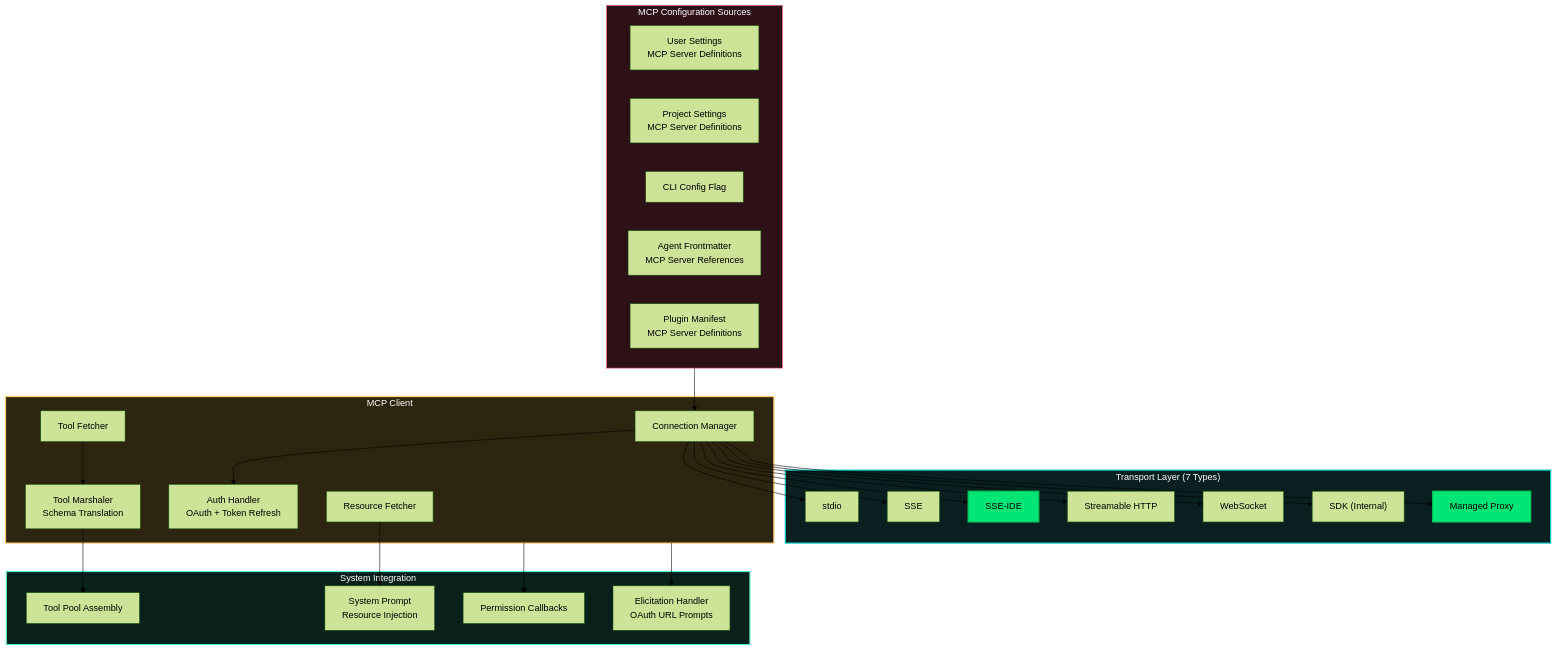
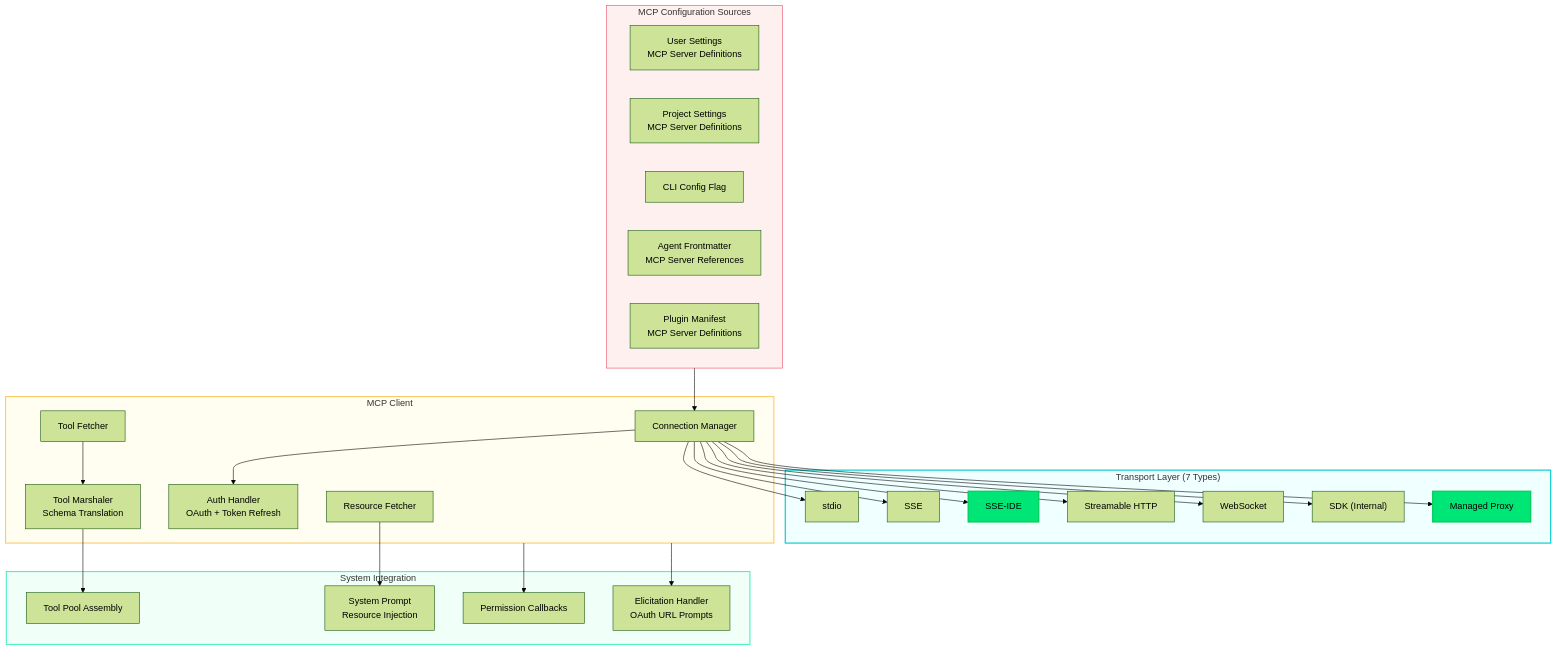
The eighth of 14 diagrams in DIAGRAMS.md (PavelValentov/multi-agent-architecture), drawn with Mermaid (forest theme) before and after one commit. The commit also changed other lines of this file, not shown here.

First line of the commit message:
Switch diagram backgrounds to light pastels for white theme compatibility

````diff
--- a/DIAGRAMS.md
+++ b/DIAGRAMS.md
@@ -670,57 +670,57 @@
 ```mermaid
 graph TB
     subgraph Config["MCP Configuration Sources"]
         USER_CFG["User Settings<br/>MCP Server Definitions"]
         PROJECT_CFG["Project Settings<br/>MCP Server Definitions"]
         CLI_CFG["CLI Config Flag"]
         AGENT_CFG["Agent Frontmatter<br/>MCP Server References"]
         PLUGIN_CFG["Plugin Manifest<br/>MCP Server Definitions"]
     end
 
     subgraph Transports["Transport Layer (7 Types)"]
         STDIO["stdio"]
         SSE["SSE"]
         SSE_IDE["SSE-IDE"]
         HTTP["Streamable HTTP"]
         WS["WebSocket"]
         SDK["SDK (Internal)"]
         CLAUDE_PROXY["Managed Proxy"]
     end
 
     subgraph Client["MCP Client"]
         CONNECT["Connection Manager"]
         TOOLS_FETCH["Tool Fetcher"]
         RESOURCES["Resource Fetcher"]
         AUTH["Auth Handler<br/>OAuth + Token Refresh"]
         MARSHAL["Tool Marshaler<br/>Schema Translation"]
     end
 
     subgraph Integration["System Integration"]
         TOOL_REG["Tool Pool Assembly"]
         SYS_PROMPT["System Prompt<br/>Resource Injection"]
         PERM["Permission Callbacks"]
         ELICIT["Elicitation Handler<br/>OAuth URL Prompts"]
     end
 
     Config --> CONNECT
     CONNECT --> STDIO
     CONNECT --> SSE
     CONNECT --> SSE_IDE
     CONNECT --> HTTP
     CONNECT --> WS
     CONNECT --> SDK
     CONNECT --> CLAUDE_PROXY
     CONNECT --> AUTH
     TOOLS_FETCH --> MARSHAL
     MARSHAL --> TOOL_REG
     RESOURCES --> SYS_PROMPT
     Client --> PERM
     Client --> ELICIT
 
-    style Config fill:#2d1117,stroke:#e94560,stroke-width:1px,color:#fff
-    style Transports fill:#0a2020,stroke:#00cec9,stroke-width:2px,color:#fff
-    style Client fill:#2d2510,stroke:#fdcb6e,stroke-width:2px,color:#fff
-    style Integration fill:#0a201a,stroke:#55efc4,stroke-width:2px,color:#fff
+    style Config fill:#fff0f0,stroke:#e94560,stroke-width:1px,color:#333
+    style Transports fill:#f0ffff,stroke:#00cec9,stroke-width:2px,color:#333
+    style Client fill:#fffef0,stroke:#fdcb6e,stroke-width:2px,color:#333
+    style Integration fill:#f0fff8,stroke:#55efc4,stroke-width:2px,color:#333
     style SSE_IDE fill:#00e676,stroke:#00c853,stroke-width:2px,color:#000
     style CLAUDE_PROXY fill:#00e676,stroke:#00c853,stroke-width:2px,color:#000
 ```
````
